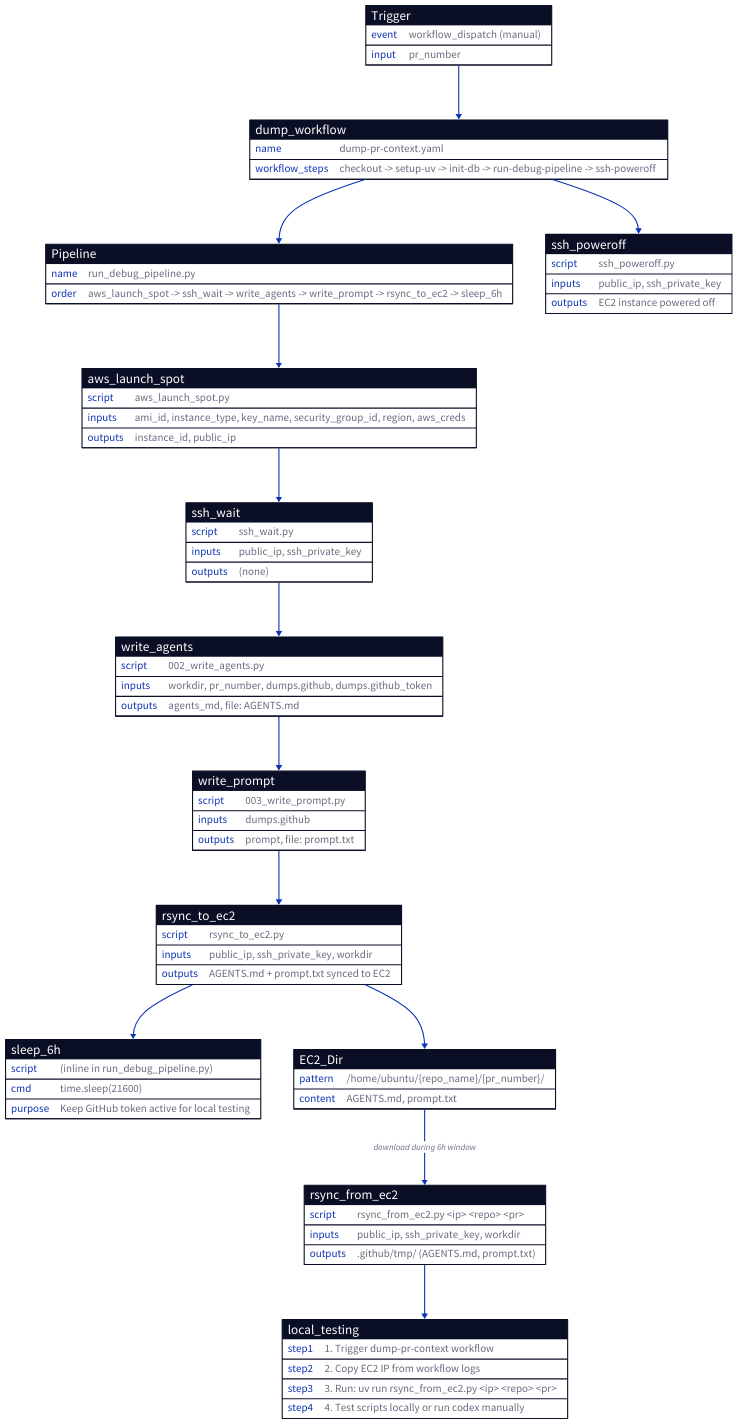
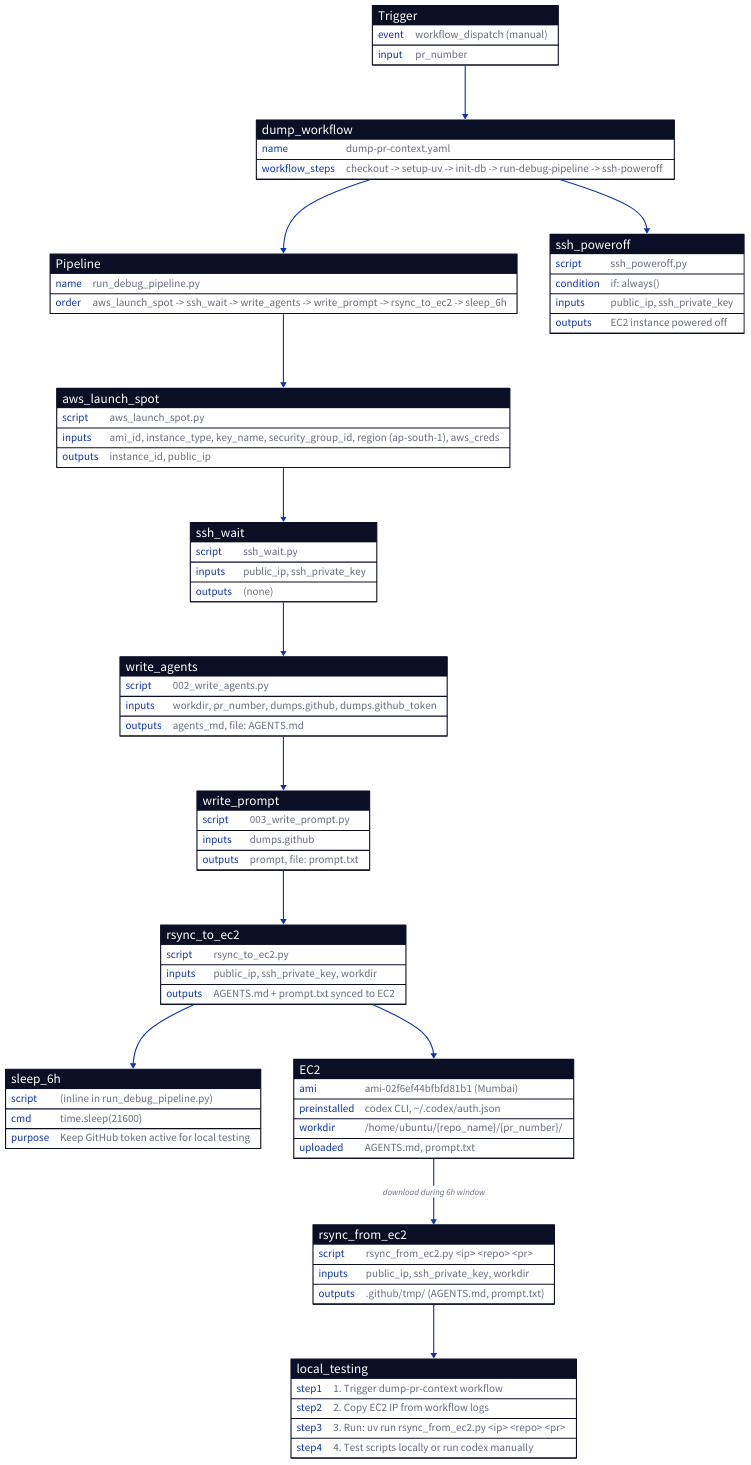
One commit to fossh/codex-code-review-poc1 changed the diagram in flow_diagrams/debug_flow.d2. Above: the diagram before and after it, drawn with D2. The commit also changed 1 other file, not shown here.

Commit message:
Update D2: Mumbai region, pre-baked AMI, if:always() condition

```diff
--- a/flow_diagrams/debug_flow.d2
+++ b/flow_diagrams/debug_flow.d2
@@ -1,110 +1,113 @@
 direction: down
 
 # Debug/Local Testing Flow
 
 # Trigger
 Trigger: {
   shape: sql_table
   event: "workflow_dispatch (manual)"
   input: "pr_number"
 }
 
 # Dump Workflow
 dump_workflow: {
   shape: sql_table
   name: "dump-pr-context.yaml"
   workflow_steps: "checkout -> setup-uv -> init-db -> run-debug-pipeline -> ssh-poweroff"
 }
 
 Trigger -> dump_workflow
 
 # Debug Pipeline
 Pipeline: {
   shape: sql_table
   name: "run_debug_pipeline.py"
   order: "aws_launch_spot -> ssh_wait -> write_agents -> write_prompt -> rsync_to_ec2 -> sleep_6h"
 }
 
 aws_launch_spot: {
   shape: sql_table
   script: "aws_launch_spot.py"
-  inputs: "ami_id, instance_type, key_name, security_group_id, region, aws_creds"
+  inputs: "ami_id, instance_type, key_name, security_group_id, region (ap-south-1), aws_creds"
   outputs: "instance_id, public_ip"
 }
 
 ssh_wait: {
   shape: sql_table
   script: "ssh_wait.py"
   inputs: "public_ip, ssh_private_key"
   outputs: "(none)"
 }
 
 write_agents: {
   shape: sql_table
   script: "002_write_agents.py"
   inputs: "workdir, pr_number, dumps.github, dumps.github_token"
   outputs: "agents_md, file: AGENTS.md"
 }
 
 write_prompt: {
   shape: sql_table
   script: "003_write_prompt.py"
   inputs: "dumps.github"
   outputs: "prompt, file: prompt.txt"
 }
 
 rsync_to_ec2: {
   shape: sql_table
   script: "rsync_to_ec2.py"
   inputs: "public_ip, ssh_private_key, workdir"
   outputs: "AGENTS.md + prompt.txt synced to EC2"
 }
 
 sleep_6h: {
   shape: sql_table
   script: "(inline in run_debug_pipeline.py)"
   cmd: "time.sleep(21600)"
   purpose: "Keep GitHub token active for local testing"
 }
 
 ssh_poweroff: {
   shape: sql_table
   script: "ssh_poweroff.py"
+  condition: "if: always()"
   inputs: "public_ip, ssh_private_key"
   outputs: "EC2 instance powered off"
 }
 
 dump_workflow -> Pipeline
 Pipeline -> aws_launch_spot -> ssh_wait -> write_agents -> write_prompt
 write_prompt -> rsync_to_ec2 -> sleep_6h
 dump_workflow -> ssh_poweroff
 
-# EC2 Directory
-EC2_Dir: {
+# EC2 Instance (pre-baked AMI)
+EC2: {
   shape: sql_table
-  pattern: "/home/ubuntu/{repo_name}/{pr_number}/"
-  content: "AGENTS.md, prompt.txt"
+  ami: "ami-02f6ef44bfbfd81b1 (Mumbai)"
+  preinstalled: "codex CLI, ~/.codex/auth.json"
+  workdir: "/home/ubuntu/{repo_name}/{pr_number}/"
+  uploaded: "AGENTS.md, prompt.txt"
 }
 
-rsync_to_ec2 -> EC2_Dir
+rsync_to_ec2 -> EC2
 
 # Local Download
 rsync_from_ec2: {
   shape: sql_table
   script: "rsync_from_ec2.py <ip> <repo> <pr>"
   inputs: "public_ip, ssh_private_key, workdir"
   outputs: ".github/tmp/ (AGENTS.md, prompt.txt)"
 }
 
-EC2_Dir -> rsync_from_ec2: "download during 6h window"
+EC2 -> rsync_from_ec2: "download during 6h window"
 
 # Local Testing Instructions
 local_testing: {
   shape: sql_table
   step1: "1. Trigger dump-pr-context workflow"
   step2: "2. Copy EC2 IP from workflow logs"
   step3: "3. Run: uv run rsync_from_ec2.py <ip> <repo> <pr>"
   step4: "4. Test scripts locally or run codex manually"
 }
 
 rsync_from_ec2 -> local_testing
```
